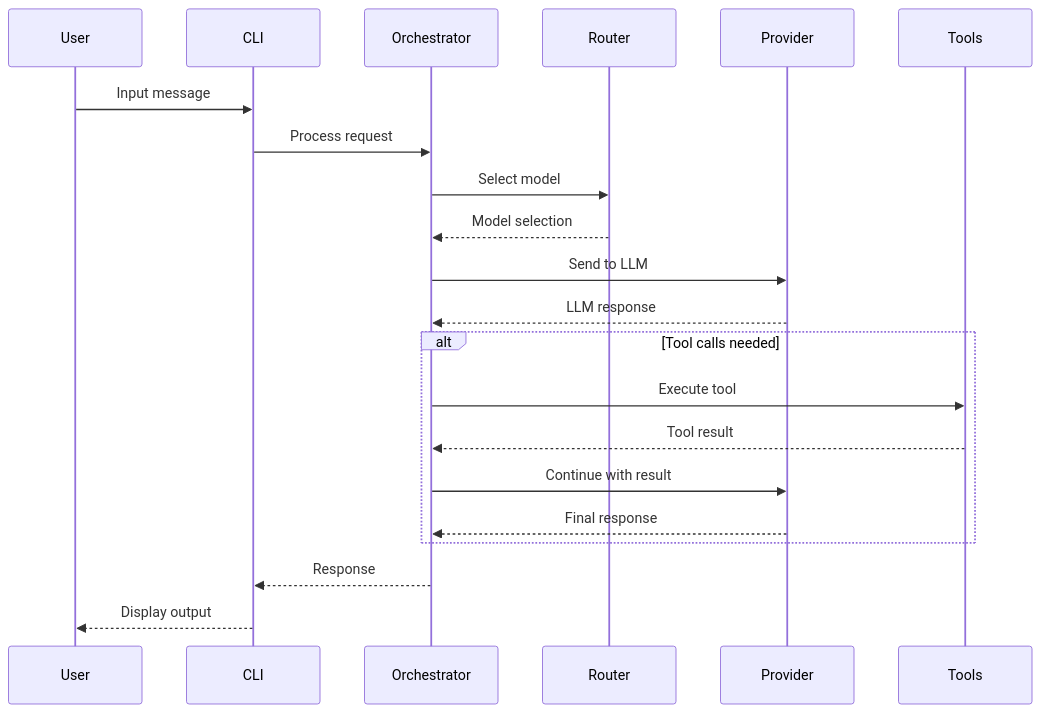
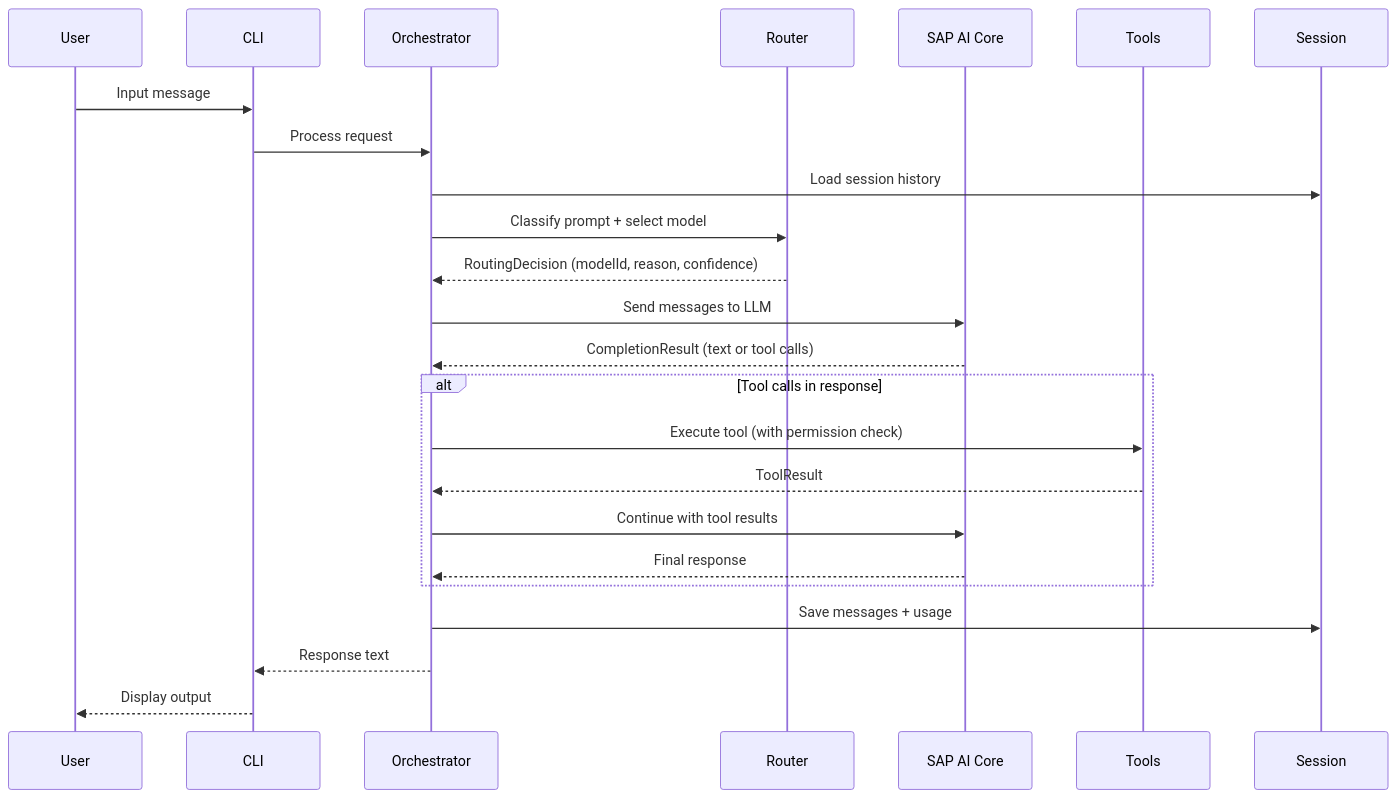
Before and after one commit to ausardcompany/alexi: the second of 7 diagrams in docs/ARCHITECTURE.md, drawn with Mermaid. The commit also changed other lines of this file and 6 other files, not shown here.

````diff
--- a/docs/ARCHITECTURE.md
+++ b/docs/ARCHITECTURE.md
@@ -146,26 +186,29 @@
 ```mermaid
 sequenceDiagram
     participant User
     participant CLI
     participant Orchestrator
     participant Router
-    participant Provider
+    participant Provider as SAP AI Core
     participant Tools
+    participant Session
 
     User->>CLI: Input message
     CLI->>Orchestrator: Process request
-    Orchestrator->>Router: Select model
-    Router-->>Orchestrator: Model selection
-    Orchestrator->>Provider: Send to LLM
-    Provider-->>Orchestrator: LLM response
+    Orchestrator->>Session: Load session history
+    Orchestrator->>Router: Classify prompt + select model
+    Router-->>Orchestrator: RoutingDecision (modelId, reason, confidence)
+    Orchestrator->>Provider: Send messages to LLM
+    Provider-->>Orchestrator: CompletionResult (text or tool calls)
     
-    alt Tool calls needed
-        Orchestrator->>Tools: Execute tool
-        Tools-->>Orchestrator: Tool result
-        Orchestrator->>Provider: Continue with result
+    alt Tool calls in response
+        Orchestrator->>Tools: Execute tool (with permission check)
+        Tools-->>Orchestrator: ToolResult
+        Orchestrator->>Provider: Continue with tool results
         Provider-->>Orchestrator: Final response
     end
     
-    Orchestrator-->>CLI: Response
+    Orchestrator->>Session: Save messages + usage
+    Orchestrator-->>CLI: Response text
     CLI-->>User: Display output
 ```
````
